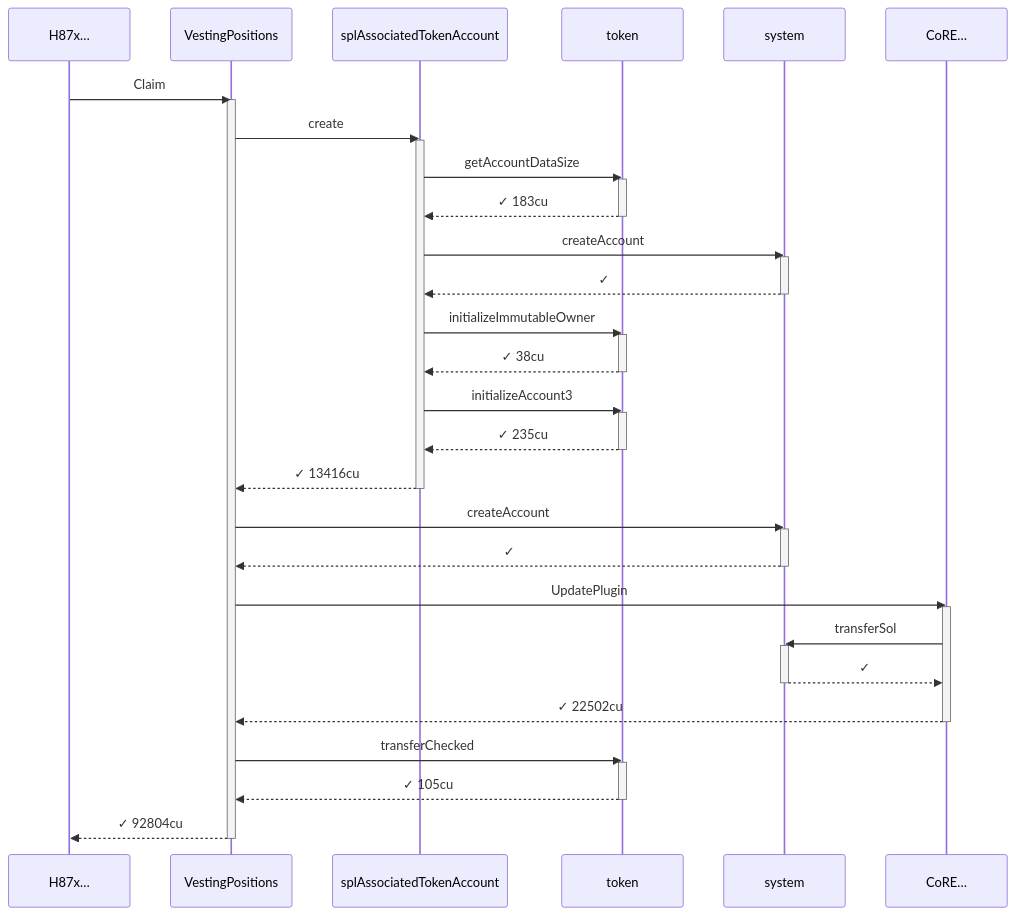
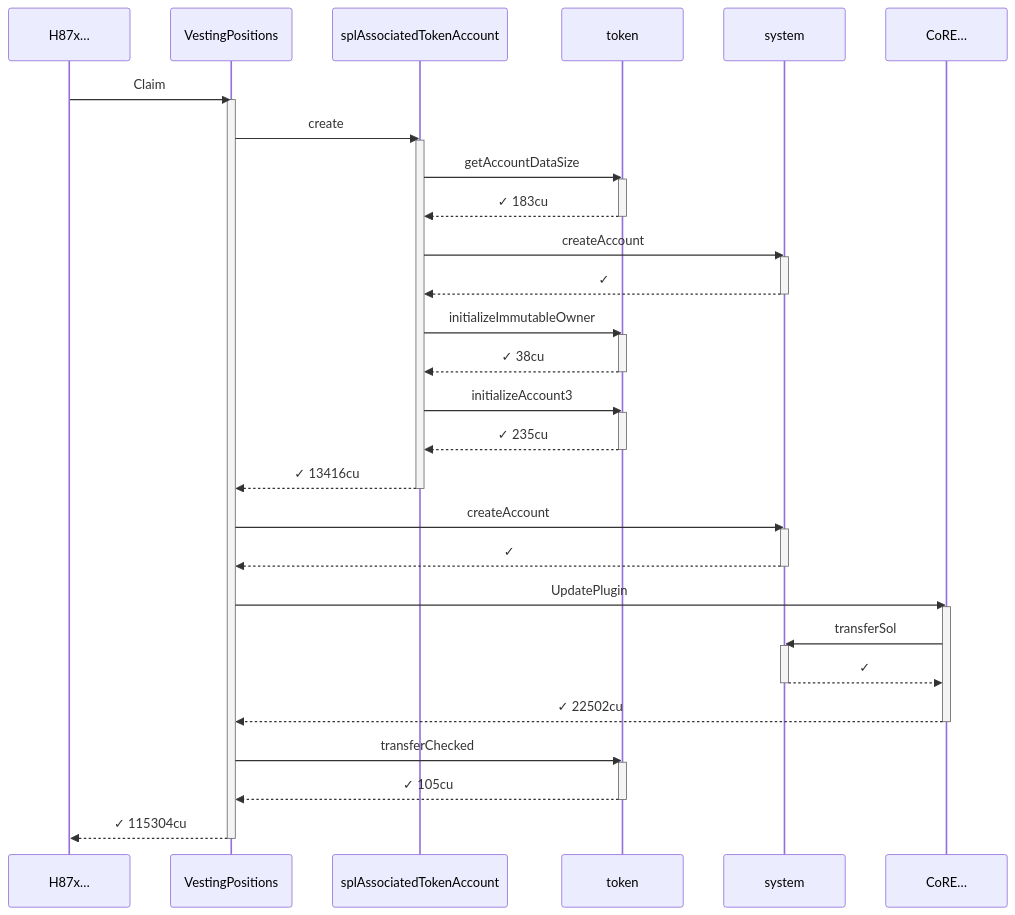
One commit to cds-turbin3/vesting-position changed the tenth of 15 diagrams in babelfish-tests/test-report/clawback_unclaimed_succeeds_despite_buyers_zeroed_receipt.md. Above: the diagram before and after it, drawn with Mermaid. The commit also changed other lines of this file and 106 other files, not shown here.

````diff
--- a/babelfish-tests/test-report/clawback_unclaimed_succeeds_despite_buyers_zeroed_receipt.md
+++ b/babelfish-tests/test-report/clawback_unclaimed_succeeds_despite_buyers_zeroed_receipt.md
@@ -430,49 +447,49 @@
 ```mermaid
 sequenceDiagram
     participant p0 as H87x…
     participant p1 as VestingPositions
     participant p2 as splAssociatedTokenAccount
     participant p3 as token
     participant p4 as system
     participant p5 as CoRE…
     p0->>p1: Claim
     activate p1
     p1->>p2: create
     activate p2
     p2->>p3: getAccountDataSize
     activate p3
     p3-->>p2: ✓ 183cu
     deactivate p3
     p2->>p4: createAccount
     activate p4
     p4-->>p2: ✓
     deactivate p4
     p2->>p3: initializeImmutableOwner
     activate p3
     p3-->>p2: ✓ 38cu
     deactivate p3
     p2->>p3: initializeAccount3
     activate p3
     p3-->>p2: ✓ 235cu
     deactivate p3
     p2-->>p1: ✓ 13416cu
     deactivate p2
     p1->>p4: createAccount
     activate p4
     p4-->>p1: ✓
     deactivate p4
     p1->>p5: UpdatePlugin
     activate p5
     p5->>p4: transferSol
     activate p4
     p4-->>p5: ✓
     deactivate p4
     p5-->>p1: ✓ 22502cu
     deactivate p5
     p1->>p3: transferChecked
     activate p3
     p3-->>p1: ✓ 105cu
     deactivate p3
-    p1-->>p0: ✓ 92804cu
+    p1-->>p0: ✓ 115304cu
     deactivate p1
 ```
````
